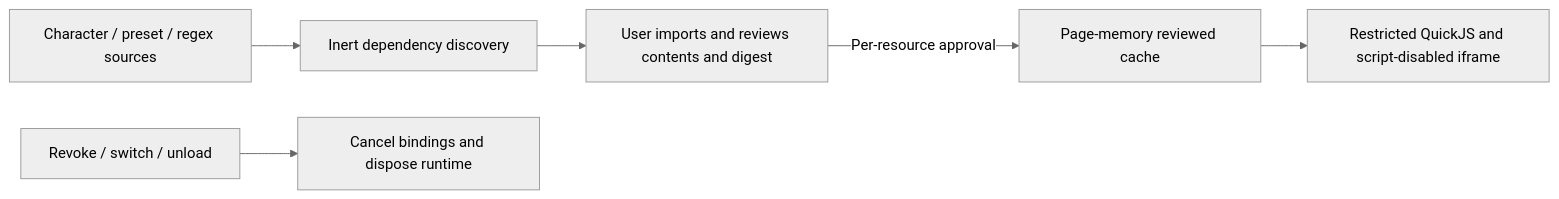
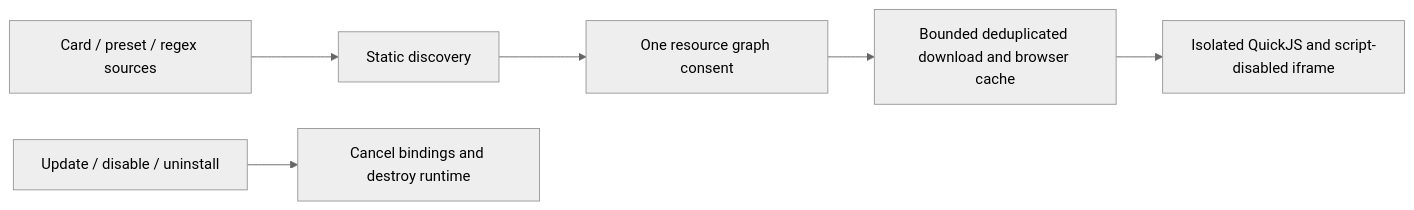
The third of 3 diagrams in docs/CONVERSATION_PRESENTATION_en.md (Player-MINEPIG/dsh-tavern), drawn with Mermaid (neutral theme) before and after one commit. The commit also changed other lines of this file and 18 other files, not shown here.

Commit message:
Acquire card dependency graphs with one resource consent

````diff
--- a/docs/CONVERSATION_PRESENTATION_en.md
+++ b/docs/CONVERSATION_PRESENTATION_en.md
@@ -123,8 +123,8 @@
 ```mermaid
 flowchart LR
-  A[Character / preset / regex sources] --> B[Inert dependency discovery]
-  B --> C[User imports and reviews contents and digest]
-  C -->|Per-resource approval| D[Page-memory reviewed cache]
-  D --> E[Restricted QuickJS and script-disabled iframe]
-  F[Revoke / switch / unload] --> G[Cancel bindings and dispose runtime]
+  A[Card / preset / regex sources] --> B[Static discovery]
+  B --> C[One resource graph consent]
+  C --> D[Bounded deduplicated download and browser cache]
+  D --> E[Isolated QuickJS and script-disabled iframe]
+  F[Update / disable / uninstall] --> G[Cancel bindings and destroy runtime]
 ```
````
